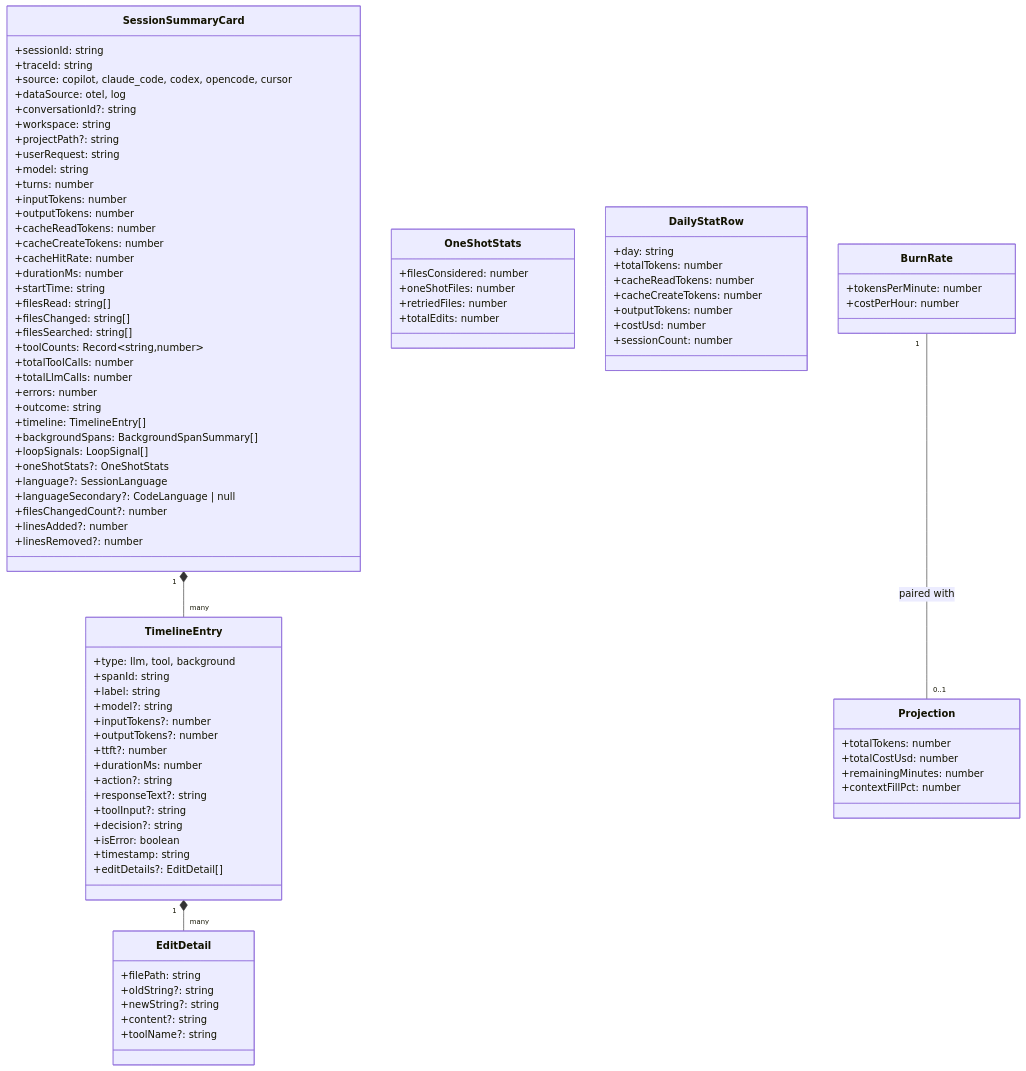
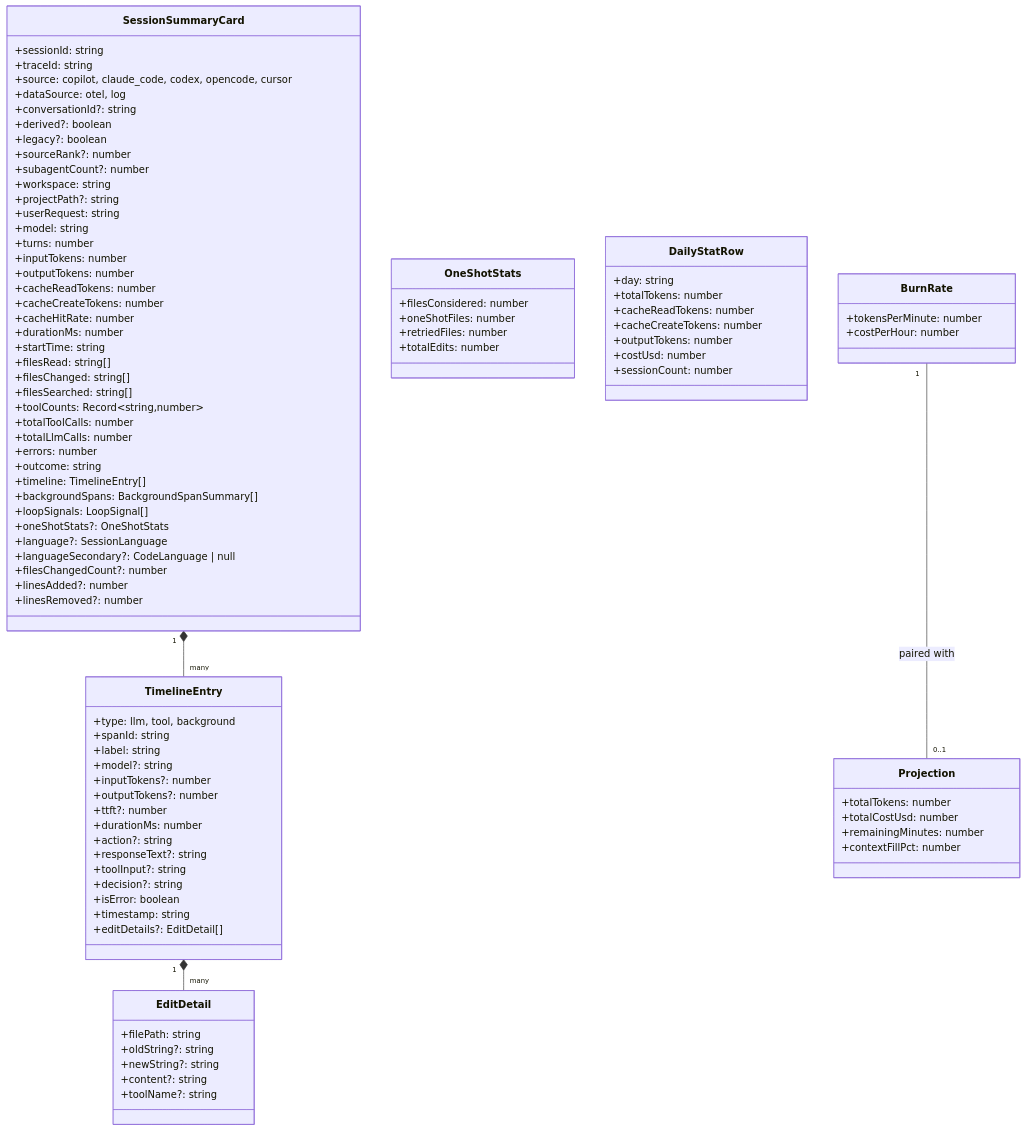
Diagram 12 of 20 in ARCHITECTURE.md (traceroost/core), drawn with Mermaid before and after one commit. The commit also changed other lines of this file and 70 other files, not shown here.

```diff
--- a/ARCHITECTURE.md
+++ b/ARCHITECTURE.md
@@ -649,6 +679,10 @@
         +source: copilot, claude_code, codex, opencode, cursor
         +dataSource: otel, log
         +conversationId?: string
+        +derived?: boolean
+        +legacy?: boolean
+        +sourceRank?: number
+        +subagentCount?: number
         +workspace: string
         +projectPath?: string
         +userRequest: string
```
